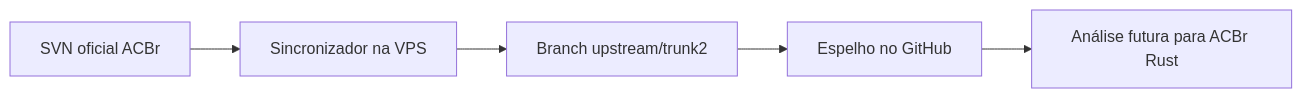
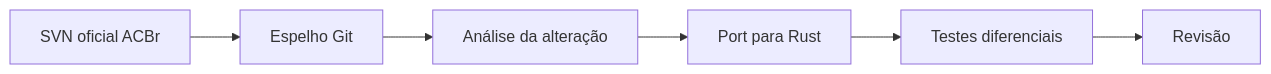
One commit to kodexx-pro/acbr changed the diagram in README.md. Above: the diagram before and after it, drawn with Mermaid. The commit also changed other lines of this file, not shown here.

Commit message:
docs: apresenta port Rust e fluxo de sincronização

````diff
--- a/README.md
+++ b/README.md
@@ -18,7 +19,8 @@
 ```mermaid
 flowchart LR
-    SVN[SVN oficial ACBr] --> Worker[Sincronizador na VPS]
-    Worker --> Git[Branch upstream/trunk2]
-    Git --> GitHub[Espelho no GitHub]
-    GitHub --> Rust[Análise futura para ACBr Rust]
+    SVN[SVN oficial ACBr] --> Mirror[Espelho Git]
+    Mirror --> Analysis[Análise da alteração]
+    Analysis --> Port[Port para Rust]
+    Port --> Tests[Testes diferenciais]
+    Tests --> Review[Revisão]
 ```
````
